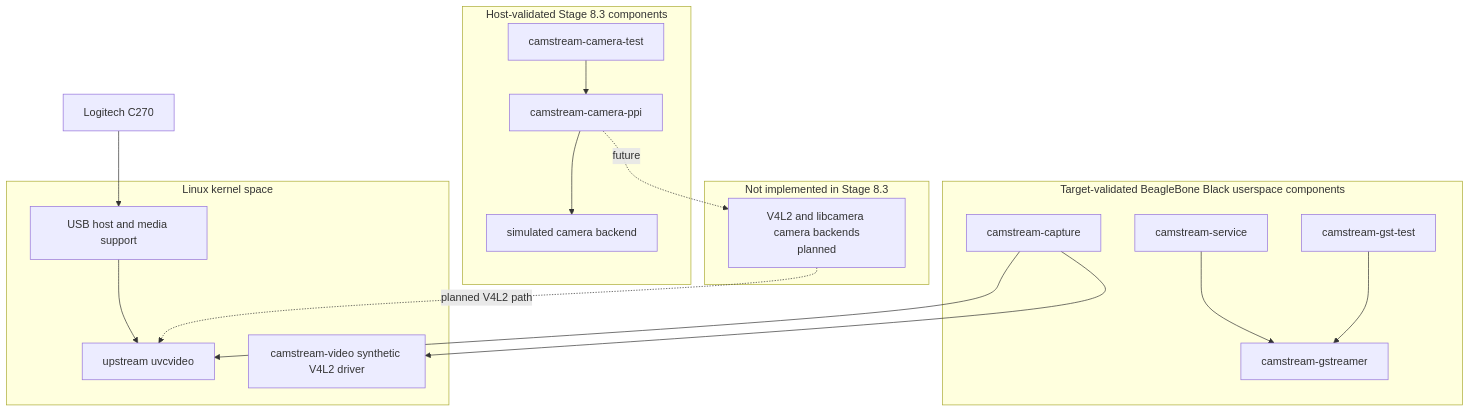
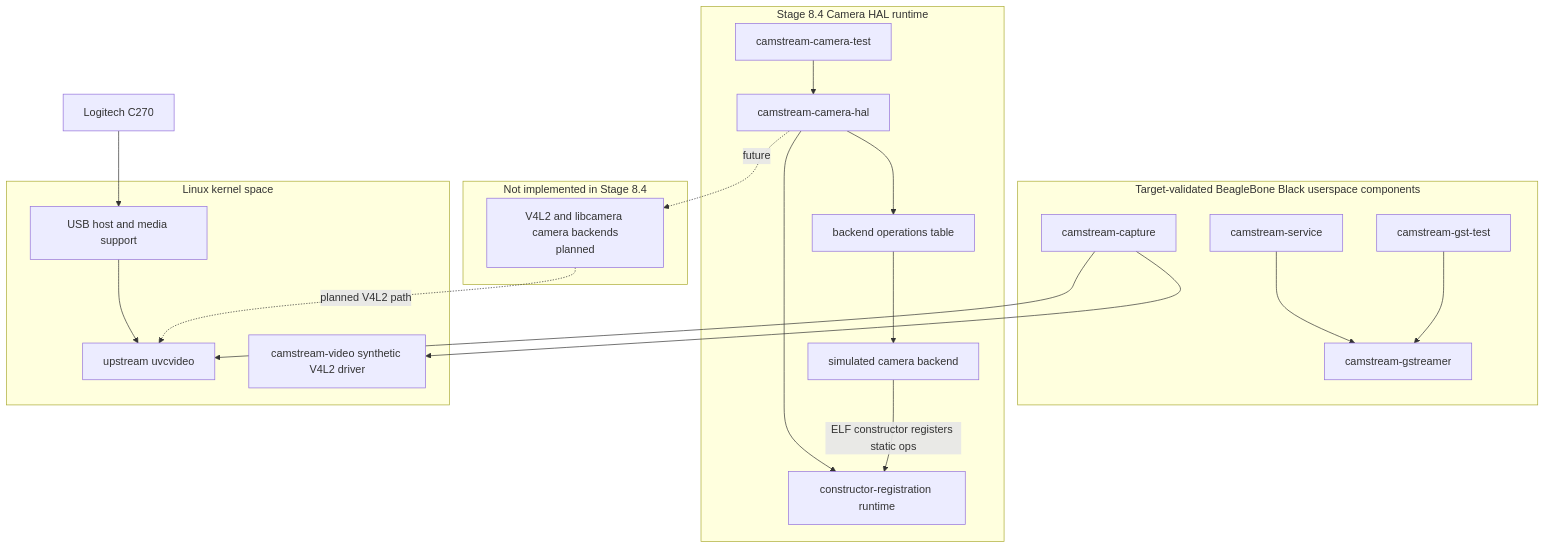
Before and after one commit to tungnhs2014/camstream-control: the second of 2 diagrams in docs/architecture/system-overview.md, drawn with Mermaid. The commit also changed other lines of this file and 30 other files, not shown here.

Commit message:
refactor: complete camera HAL architecture

````diff
--- a/docs/architecture/system-overview.md
+++ b/docs/architecture/system-overview.md
@@ -43,34 +43,38 @@
 ```mermaid
 flowchart TB
     subgraph TargetUserspace[Target-validated BeagleBone Black userspace components]
         Service[camstream-service]
         Capture[camstream-capture]
         GstTest[camstream-gst-test]
         GstLib[camstream-gstreamer]
     end
 
-    subgraph HostValidated[Host-validated Stage 8.3 components]
-        PpiTest[camstream-camera-test]
-        PPI[camstream-camera-ppi]
+    subgraph HalFoundation[Stage 8.4 Camera HAL runtime]
+        HalTest[camstream-camera-test]
+        HAL[camstream-camera-hal]
+        Runtime[constructor-registration runtime]
+        Ops[backend operations table]
         Simulated[simulated camera backend]
     end
 
-    subgraph Planned[Not implemented in Stage 8.3]
+    subgraph Planned[Not implemented in Stage 8.4]
         FutureBackends["V4L2 and libcamera camera backends<br/>planned"]
     end
 
     subgraph Kernel[Linux kernel space]
         Uvc[upstream uvcvideo]
         Synthetic[camstream-video synthetic V4L2 driver]
         Usb[USB host and media support]
     end
 
     C270[Logitech C270] --> Usb --> Uvc
     Service --> GstLib
     GstTest --> GstLib
     Capture --> Uvc
     Capture --> Synthetic
-    PpiTest --> PPI --> Simulated
-    PPI -. future .-> FutureBackends
+    HalTest --> HAL --> Ops --> Simulated
+    HAL --> Runtime
+    Simulated -->|ELF constructor registers static ops| Runtime
+    HAL -. future .-> FutureBackends
     FutureBackends -. planned V4L2 path .-> Uvc
 ```
````
